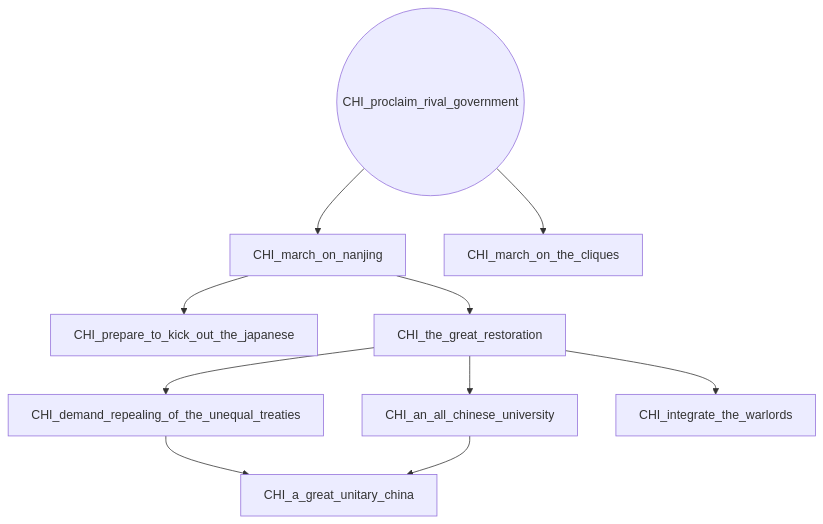
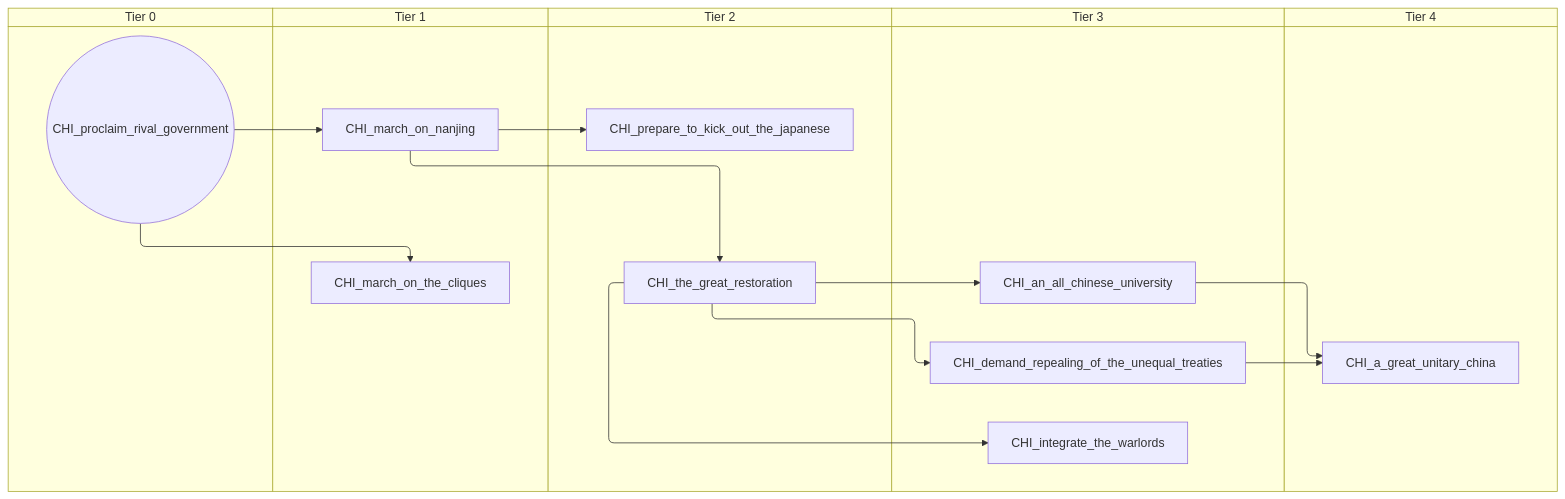
One commit to evgeny-sobol/hoi4-sandbox-mode-r56 changed the third of 8 diagrams in docs/gdd/National Focuses/china_warlord.md. Above: the diagram before and after it, drawn with Mermaid. The commit also changed other lines of this file and 423 other files, not shown here.

First line of the commit message:
Re-export Rt56 focus trees as swimlane diagrams

````diff
--- a/docs/gdd/National Focuses/china_warlord.md
+++ b/docs/gdd/National Focuses/china_warlord.md
@@ -278,21 +302,31 @@
 ```mermaid
-flowchart TD
-    n114["CHI_a_great_unitary_china"]
-    n115["CHI_an_all_chinese_university"]
-    n116["CHI_demand_repealing_of_the_unequal_treaties"]
-    n117["CHI_integrate_the_warlords"]
-    n118["CHI_march_on_nanjing"]
-    n119["CHI_march_on_the_cliques"]
-    n120["CHI_prepare_to_kick_out_the_japanese"]
-    n121(("CHI_proclaim_rival_government"))
-    n122["CHI_the_great_restoration"]
-    n116 --> n114
-    n115 --> n114
-    n122 --> n115
-    n122 --> n116
-    n122 --> n117
-    n121 --> n118
-    n121 --> n119
+swimlane-beta TD
+    subgraph tier_0["Tier 0"]
+        n114(("CHI_proclaim_rival_government"))
+    end
+    subgraph tier_1["Tier 1"]
+        n115["CHI_march_on_nanjing"]
+        n116["CHI_march_on_the_cliques"]
+    end
+    subgraph tier_2["Tier 2"]
+        n117["CHI_prepare_to_kick_out_the_japanese"]
+        n118["CHI_the_great_restoration"]
+    end
+    subgraph tier_3["Tier 3"]
+        n119["CHI_an_all_chinese_university"]
+        n120["CHI_demand_repealing_of_the_unequal_treaties"]
+        n121["CHI_integrate_the_warlords"]
+    end
+    subgraph tier_4["Tier 4"]
+        n122["CHI_a_great_unitary_china"]
+    end
+    n120 --> n122
+    n119 --> n122
+    n118 --> n119
     n118 --> n120
-    n118 --> n122
+    n118 --> n121
+    n114 --> n115
+    n114 --> n116
+    n115 --> n117
+    n115 --> n118
 ```
````
